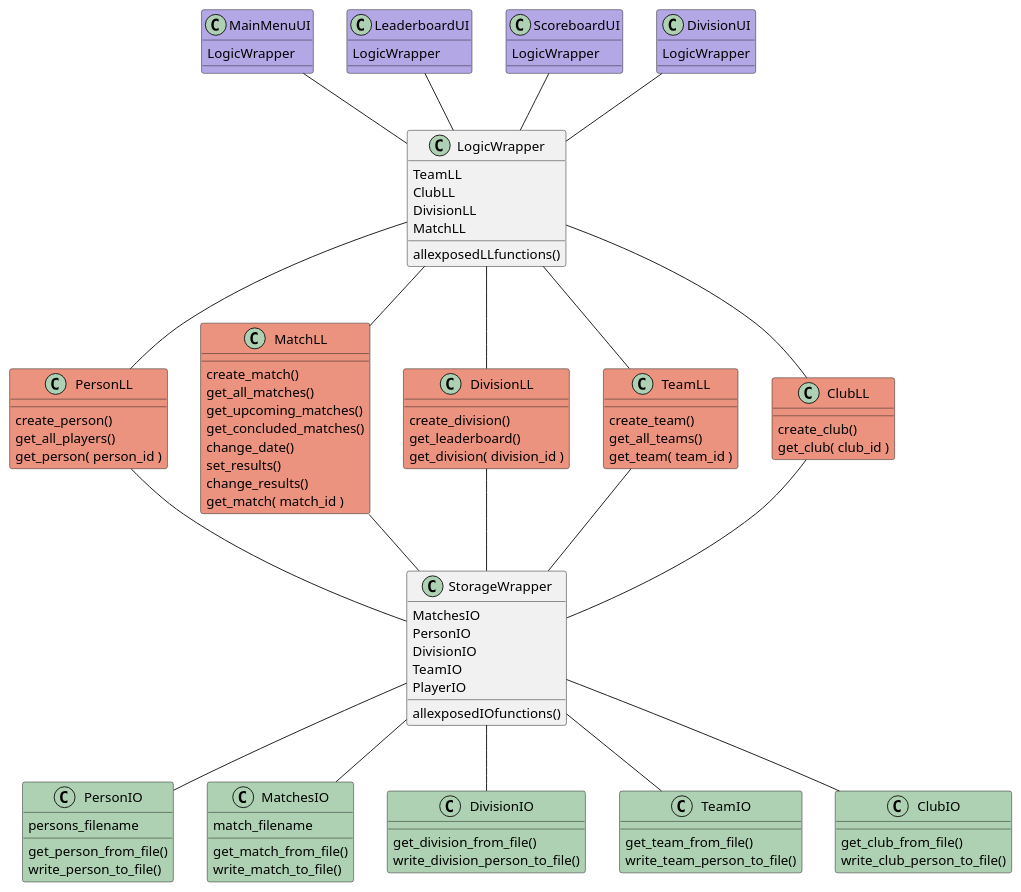
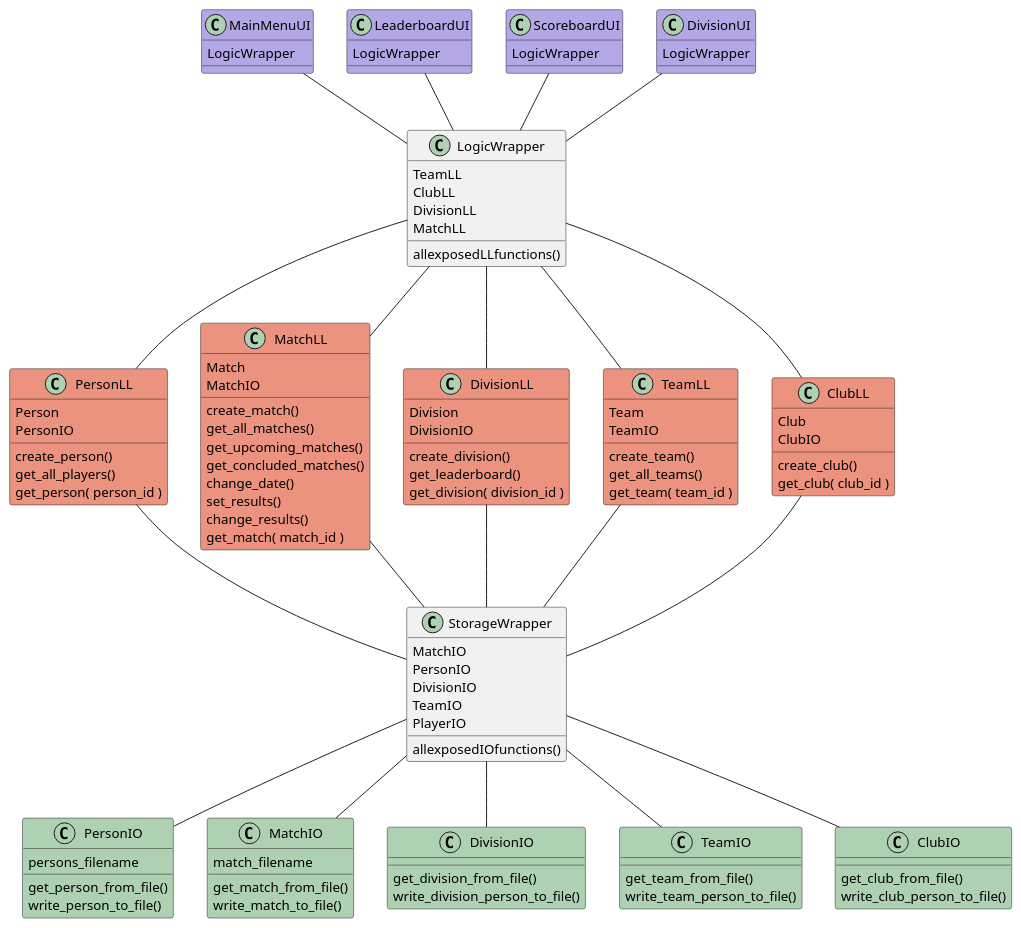
Before and after one commit to StankWizardLizard/VNL1-2022-HOPUR-28: the diagram in Honnun/ClassDiagram/three_layer_diagram.puml, drawn with PlantUML.

```diff
--- a/Honnun/ClassDiagram/three_layer_diagram.puml
+++ b/Honnun/ClassDiagram/three_layer_diagram.puml
@@ -1,124 +1,132 @@
 @startuml
 
 class MainMenuUI  #B4a7e5 {
     LogicWrapper
 }
 class LeaderboardUI #B4a7e5 {
     LogicWrapper
 }
 class ScoreboardUI #B4a7e5 {
     LogicWrapper
 }
 class DivisionUI #B4a7e5 {
     LogicWrapper
 }
 
-
-
 class PersonLL #EB937F{
+    Person
+    PersonIO
     create_person()
     get_all_players()
     get_person( person_id )   
 }
 
 class MatchLL #EB937F{
+    Match
+    MatchIO
     create_match()
     get_all_matches()
     get_upcoming_matches()
     get_concluded_matches()
     change_date()
     set_results()
     change_results()
     get_match( match_id )   
 }
 
 class DivisionLL #EB937F {
+    Division
+    DivisionIO
     create_division()
     get_leaderboard()
     get_division( division_id )
 }
 
 class TeamLL #EB937F{
+    Team
+    TeamIO
     create_team()
     get_all_teams()
     get_team( team_id )
 }
 
 class ClubLL #EB937F {
+    Club
+    ClubIO
     create_club()
     get_club( club_id )
 }
 
 class LogicWrapper{
     TeamLL
     ClubLL
     DivisionLL
     MatchLL
     allexposedLLfunctions()
 }
 
 
 
 LogicWrapper -- TeamLL
 LogicWrapper -- PersonLL
 LogicWrapper -- ClubLL
 LogicWrapper -- DivisionLL
 LogicWrapper -- MatchLL
 
 MainMenuUI  --  LogicWrapper
 LeaderboardUI -- LogicWrapper
 ScoreboardUI -- LogicWrapper
 DivisionUI -- LogicWrapper
 
 PersonLL -- StorageWrapper 
 TeamLL -- StorageWrapper 
 ClubLL -- StorageWrapper 
 DivisionLL -- StorageWrapper 
 MatchLL -- StorageWrapper 
 
 /'
 Storage layer
 '/
 class StorageWrapper{
-    MatchesIO
+    MatchIO
     PersonIO
     DivisionIO
     TeamIO
     PlayerIO
     allexposedIOfunctions()
 
 }
 
 class PersonIO #ADD1b2{
     persons_filename
     get_person_from_file()
     write_person_to_file()
 
 }
-class MatchesIO #ADD1b2{
+class MatchIO #ADD1b2{
     match_filename
     get_match_from_file()
     write_match_to_file()
 
 }
 class DivisionIO #ADD1b2{
     get_division_from_file()
     write_division_person_to_file()
 }
 class TeamIO  #ADD1b2  {
     get_team_from_file()
     write_team_person_to_file()
 }
 class ClubIO  #ADD1b2 {
     get_club_from_file()
     write_club_person_to_file()
 
 }
 
-StorageWrapper -- MatchesIO
+StorageWrapper -- MatchIO
 StorageWrapper -- PersonIO
 StorageWrapper -- DivisionIO
 StorageWrapper -- TeamIO
 StorageWrapper -- ClubIO
 
 @enduml
```
